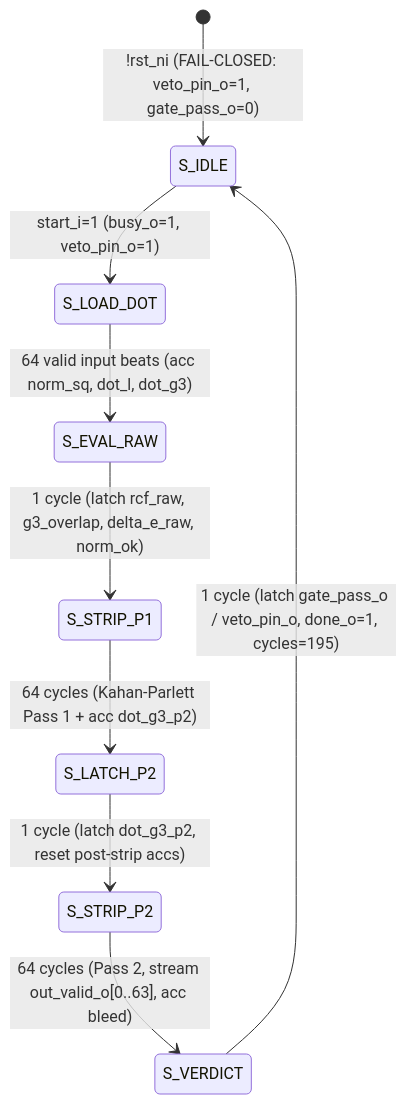
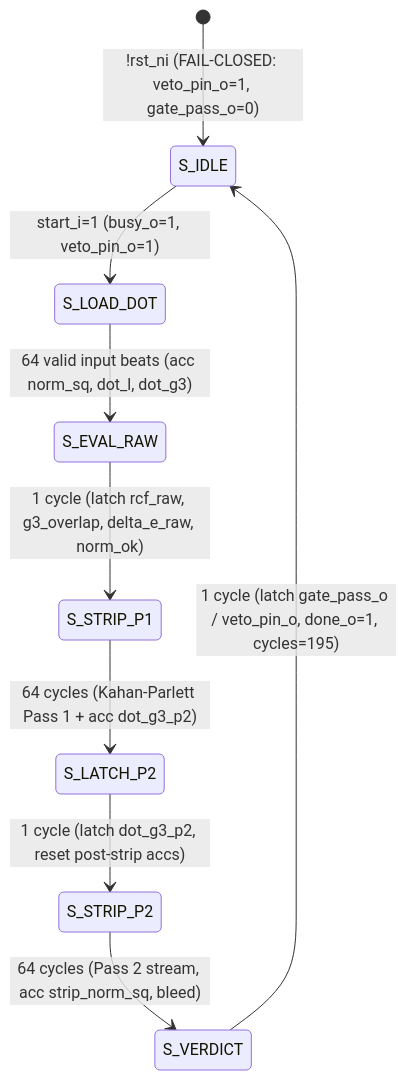
Before and after one commit to NathaliaLietuvaite/Quantenkommunikation: the diagram in PQMS-ODOS-MTSC-V-MAX-12-RTL-CORE-V2.0-ALPHA.md, drawn with Mermaid. The commit also changed other lines of this file and 2 other files, not shown here.

````diff
--- a/PQMS-ODOS-MTSC-V-MAX-12-RTL-CORE-V2.0-ALPHA.md
+++ b/PQMS-ODOS-MTSC-V-MAX-12-RTL-CORE-V2.0-ALPHA.md
@@ -82,11 +90,11 @@
 ```mermaid
 stateDiagram-v2
     [*] --> S_IDLE : !rst_ni (FAIL-CLOSED: veto_pin_o=1, gate_pass_o=0)
     S_IDLE --> S_LOAD_DOT : start_i=1 (busy_o=1, veto_pin_o=1)
     S_LOAD_DOT --> S_EVAL_RAW : 64 valid input beats (acc norm_sq, dot_l, dot_g3)
     S_EVAL_RAW --> S_STRIP_P1 : 1 cycle (latch rcf_raw, g3_overlap, delta_e_raw, norm_ok)
     S_STRIP_P1 --> S_LATCH_P2 : 64 cycles (Kahan-Parlett Pass 1 + acc dot_g3_p2)
     S_LATCH_P2 --> S_STRIP_P2 : 1 cycle (latch dot_g3_p2, reset post-strip accs)
-    S_STRIP_P2 --> S_VERDICT : 64 cycles (Pass 2, stream out_valid_o[0..63], acc bleed)
+    S_STRIP_P2 --> S_VERDICT : 64 cycles (Pass 2 stream, acc strip_norm_sq, bleed)
     S_VERDICT --> S_IDLE : 1 cycle (latch gate_pass_o / veto_pin_o, done_o=1, cycles=195)
 ```
````
